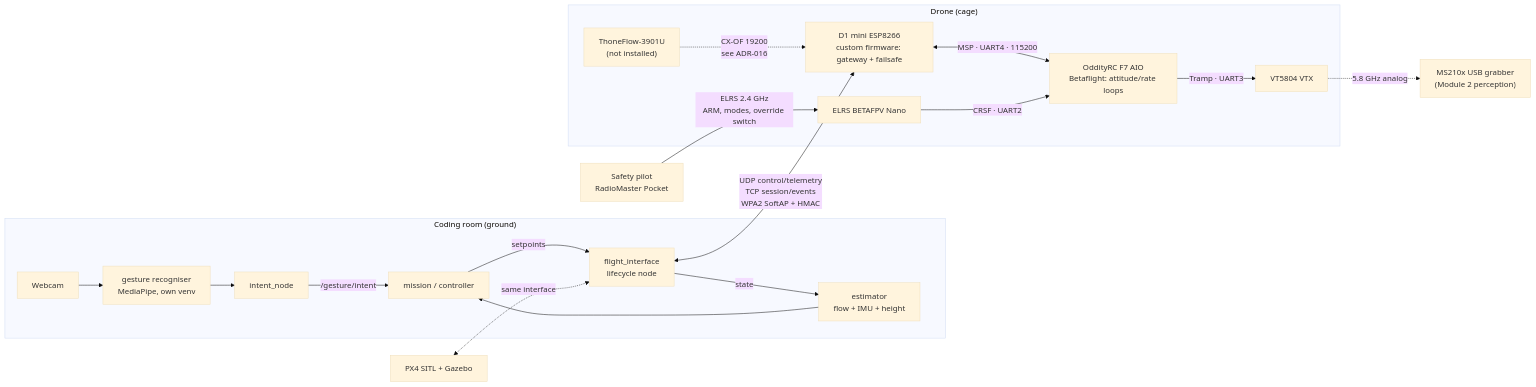
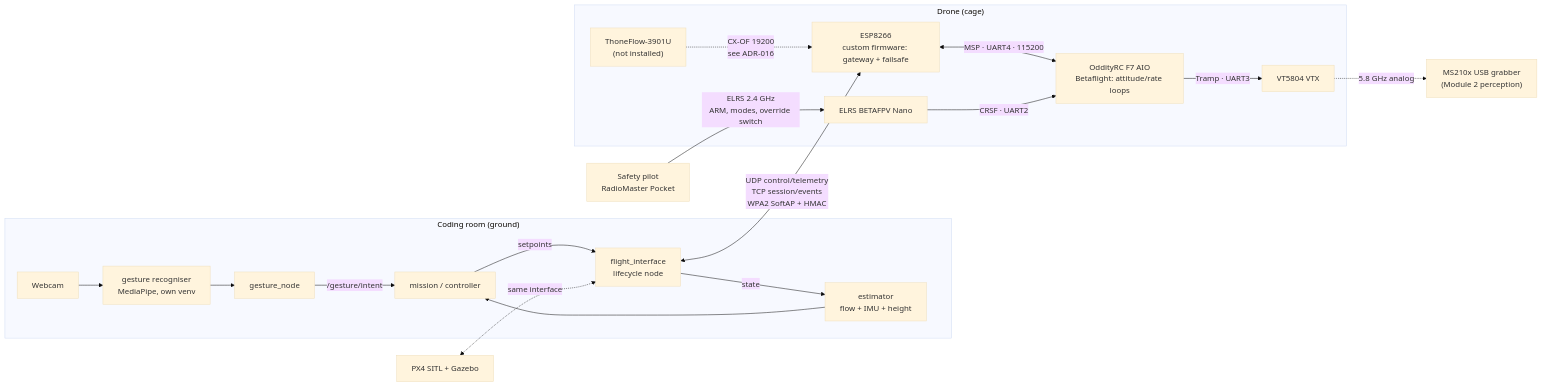
Before and after one commit to SEAME-pt/SEA-ME_Team1_ROSRangers: the diagram in docs/PraticalPlan/03 Architecture/System Overview.md, drawn with Mermaid (base theme). The commit also changed other lines of this file and 73 other files, not shown here.

````diff
--- a/docs/PraticalPlan/03 Architecture/System Overview.md
+++ b/docs/PraticalPlan/03 Architecture/System Overview.md
@@ -22,26 +22,26 @@
 ```mermaid
 flowchart LR
   subgraph Room["Coding room (ground)"]
     CAM[Webcam] --> GEST["gesture recogniser<br/>MediaPipe, own venv"]
-    GEST --> GN[intent_node]
+    GEST --> GN[gesture_node]
     GN -->|/gesture/intent| MISSION[mission / controller]
     EST["estimator<br/>flow + IMU + height"] --> MISSION
     MISSION -->|setpoints| FI["flight_interface<br/>lifecycle node"]
     FI -->|state| EST
   end
   subgraph Air["Drone (cage)"]
-    ESP["D1 mini ESP8266<br/>custom firmware: gateway + failsafe"]
+    ESP["ESP8266<br/>custom firmware: gateway + failsafe"]
     FC["OddityRC F7 AIO<br/>Betaflight: attitude/rate loops"]
     FLOW["ThoneFlow-3901U<br/>(not installed)"]
     ELRS["ELRS BETAFPV Nano"]
     VTX["VT5804 VTX"]
   end
   FI <-->|"UDP control/telemetry<br/>TCP session/events<br/>WPA2 SoftAP + HMAC"| ESP
   ESP <-->|"MSP · UART4 · 115200"| FC
   FLOW -.->|"CX-OF 19200<br/>see ADR-016"| ESP
   PILOT["Safety pilot<br/>RadioMaster Pocket"] -->|"ELRS 2.4 GHz<br/>ARM, modes, override switch"| ELRS
   ELRS -->|"CRSF · UART2"| FC
   FC -->|"Tramp · UART3"| VTX
   VTX -.->|"5.8 GHz analog"| GRAB["MS210x USB grabber<br/>(Module 2 perception)"]
   SIM["PX4 SITL + Gazebo"] <-.same interface.-> FI
 ```
````
